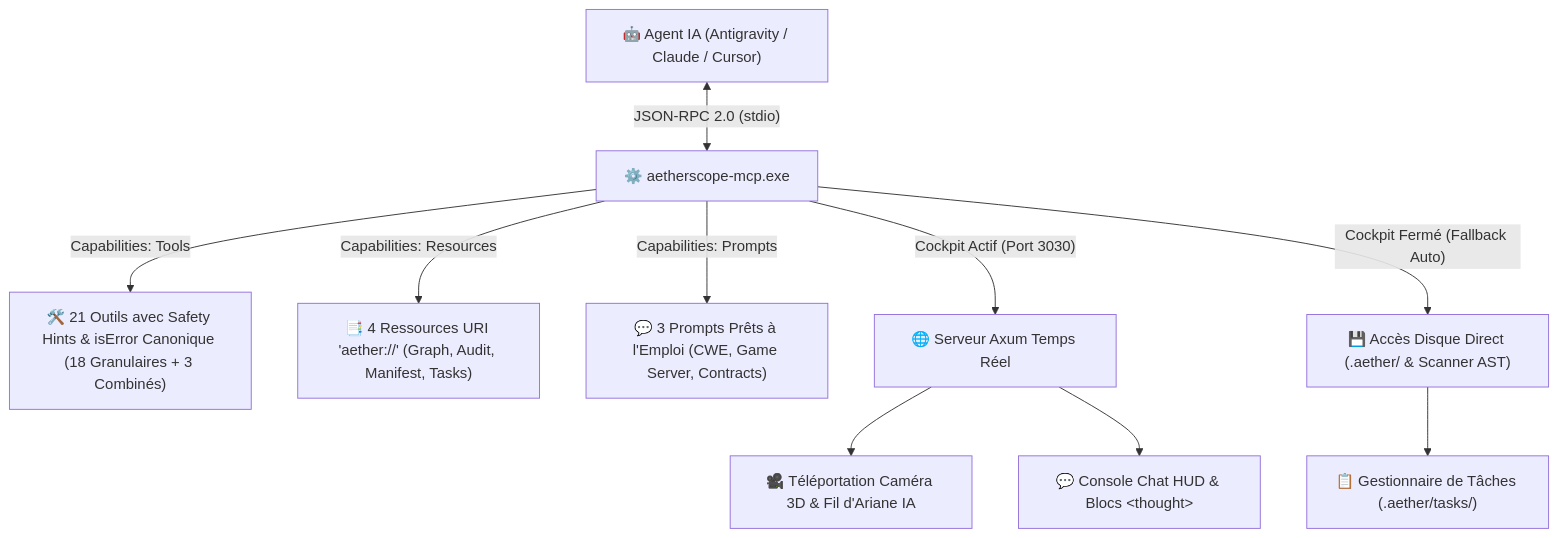
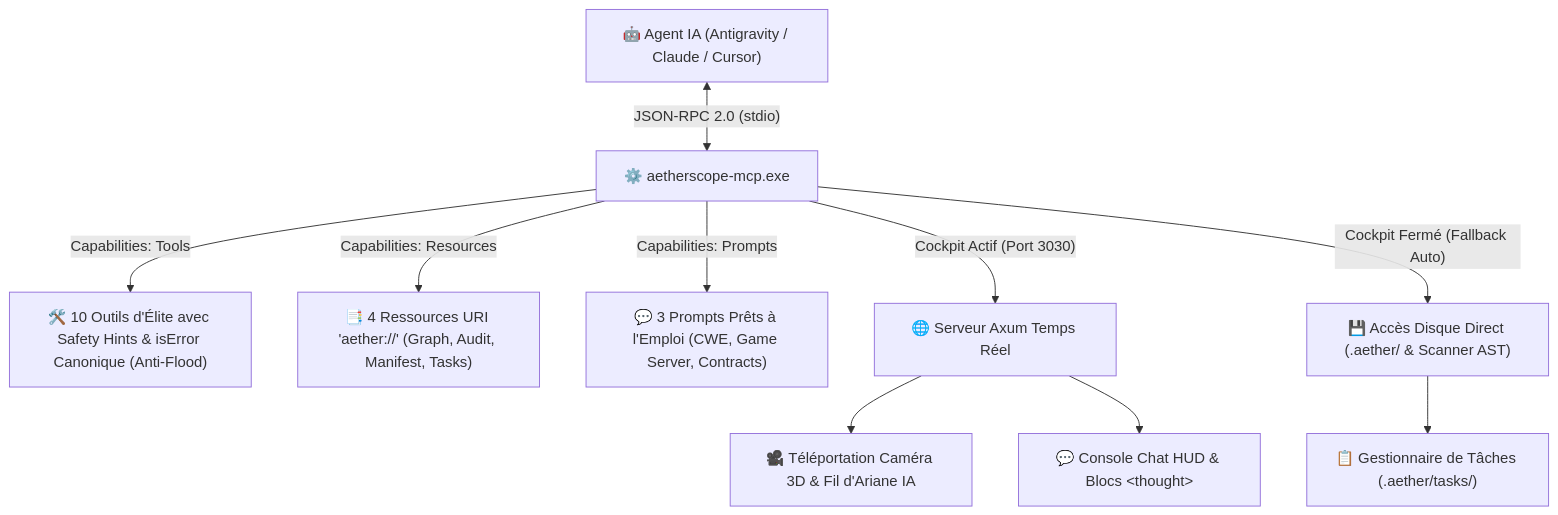
Before and after one commit to maxxwwim/AetherSAST-150-CWE-MCP: the diagram in README.md, drawn with Mermaid. The commit also changed other lines of this file and 6 other files, not shown here.

Commit message:
refactor(mcp): streamline to 10 curated high-impact tools in AI rules and catalog to prevent prompt flood

````diff
--- a/README.md
+++ b/README.md
@@ -259,12 +259,12 @@
 ```mermaid
 flowchart TD
     AI["🤖 Agent IA (Antigravity / Claude / Cursor)"] <-->|"JSON-RPC 2.0 (stdio)"| MCP["⚙️ aetherscope-mcp.exe"]
-    MCP -->|"Capabilities: Tools"| TOOLS["🛠️ 21 Outils avec Safety Hints & isError Canonique (18 Granulaires + 3 Combinés)"]
+    MCP -->|"Capabilities: Tools"| TOOLS["🛠️ 10 Outils d'Élite avec Safety Hints & isError Canonique (Anti-Flood)"]
     MCP -->|"Capabilities: Resources"| RES["📑 4 Ressources URI 'aether://' (Graph, Audit, Manifest, Tasks)"]
     MCP -->|"Capabilities: Prompts"| PROMPTS["💬 3 Prompts Prêts à l'Emploi (CWE, Game Server, Contracts)"]
     MCP -->|"Cockpit Actif (Port 3030)"| LIVE["🌐 Serveur Axum Temps Réel"]
     MCP -->|"Cockpit Fermé (Fallback Auto)"| DISK["💾 Accès Disque Direct (.aether/ & Scanner AST)"]
     LIVE --> CAM["🎥 Téléportation Caméra 3D & Fil d'Ariane IA"]
     LIVE --> CHAT["💬 Console Chat HUD & Blocs &lt;thought&gt;"]
     DISK --> TASKS["📋 Gestionnaire de Tâches (.aether/tasks/)"]
 ```
````
